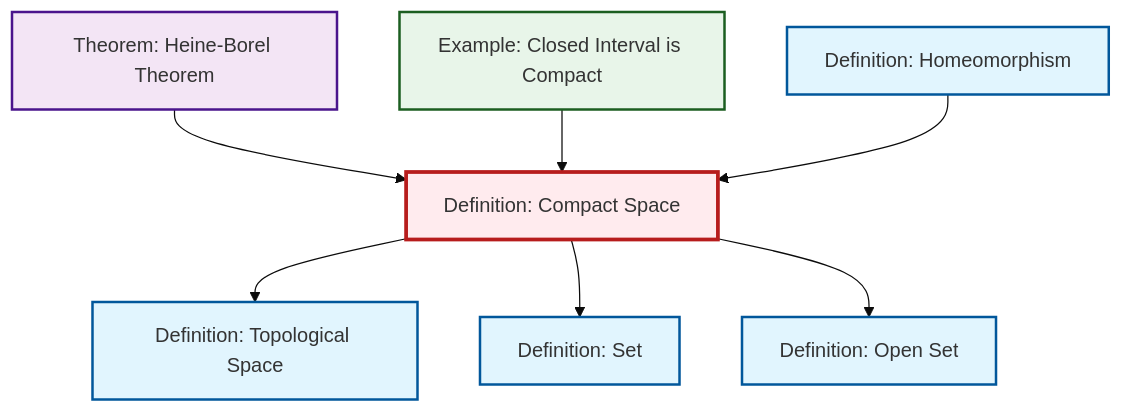
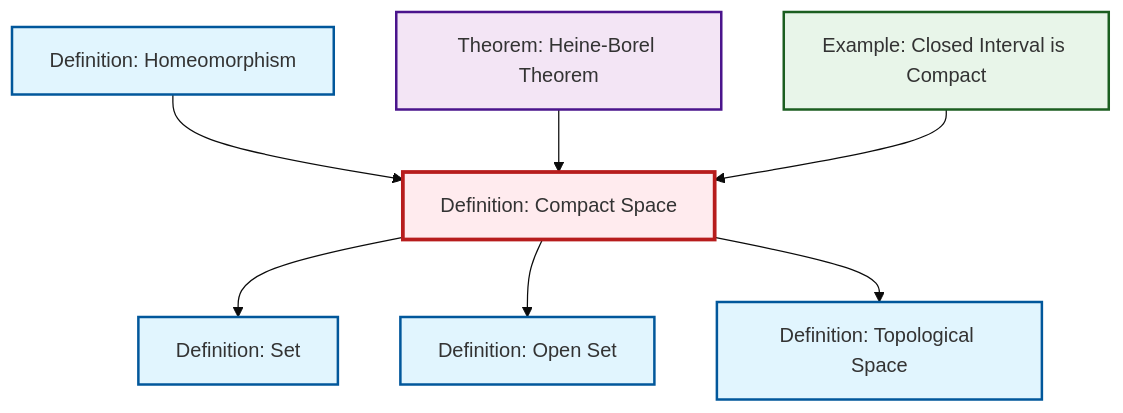
Before and after one commit to RK0429/ModernMath: the diagram in content/en/topology/def-compact.qmd, drawn with Mermaid (base theme). The commit also changed other lines of this file and 654 other files, not shown here.

````diff
--- a/content/en/topology/def-compact.qmd
+++ b/content/en/topology/def-compact.qmd
@@ -48,29 +48,29 @@
 ```{mermaid}
 %%| fig-cap: "Local dependency graph"
 graph TD
     classDef definition fill:#e1f5fe,stroke:#01579b,stroke-width:2px
     classDef theorem fill:#f3e5f5,stroke:#4a148c,stroke-width:2px
     classDef axiom fill:#fff3e0,stroke:#e65100,stroke-width:2px
     classDef example fill:#e8f5e9,stroke:#1b5e20,stroke-width:2px
     classDef current fill:#ffebee,stroke:#b71c1c,stroke-width:3px
-    def-homeomorphism["Definition: Homeomorphism"]:::definition
-    def-compact["Definition: Compact Space"]:::definition
-    ex-closed-interval-compact["Example: Closed Interval is Compact"]:::example
-    thm-heine-borel["Theorem: Heine-Borel Theorem"]:::theorem
-    def-topological-space["Definition: Topological Space"]:::definition
     def-set["Definition: Set"]:::definition
     def-open-set["Definition: Open Set"]:::definition
+    ex-closed-interval-compact["Example: Closed Interval is Compact"]:::example
+    def-homeomorphism["Definition: Homeomorphism"]:::definition
+    thm-heine-borel["Theorem: Heine-Borel Theorem"]:::theorem
+    def-compact["Definition: Compact Space"]:::definition
+    def-topological-space["Definition: Topological Space"]:::definition
+    def-compact --> def-set
+    def-homeomorphism --> def-compact
+    def-compact --> def-open-set
+    thm-heine-borel --> def-compact
     def-compact --> def-topological-space
-    def-compact --> def-set
-    thm-heine-borel --> def-compact
     ex-closed-interval-compact --> def-compact
-    def-compact --> def-open-set
-    def-homeomorphism --> def-compact
     class def-compact current
+    click def-set "def-set.html" "Go to Set definition"
+    click def-open-set "def-open-set.html" "Go to Open Set definition"
+    click ex-closed-interval-compact "ex-closed-interval-compact.html" "Go to Closed Interval is Compact example"
     click def-homeomorphism "def-homeomorphism.html" "Go to Homeomorphism definition"
-    click ex-closed-interval-compact "ex-closed-interval-compact.html" "Go to Closed Interval is Compact example"
     click thm-heine-borel "thm-heine-borel.html" "Go to Heine-Borel Theorem theorem"
     click def-topological-space "def-topological-space.html" "Go to Topological Space definition"
-    click def-set "def-set.html" "Go to Set definition"
-    click def-open-set "def-open-set.html" "Go to Open Set definition"
 ```
````
